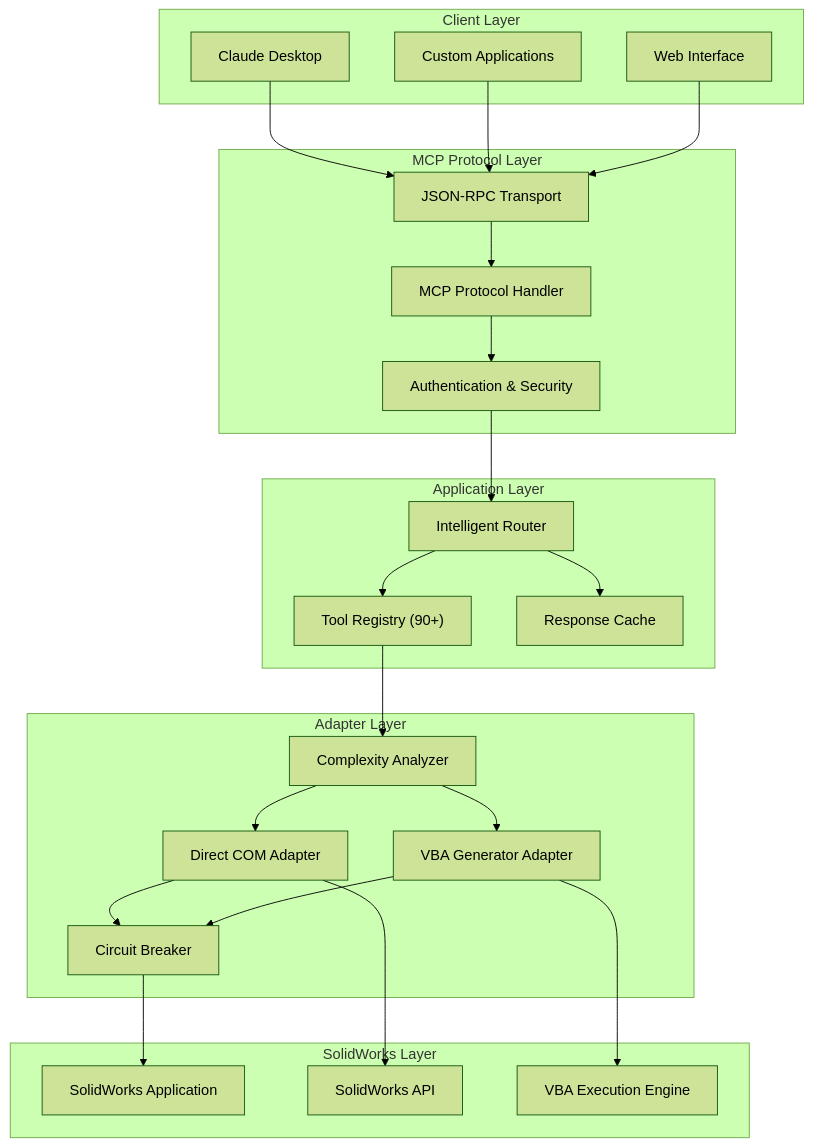
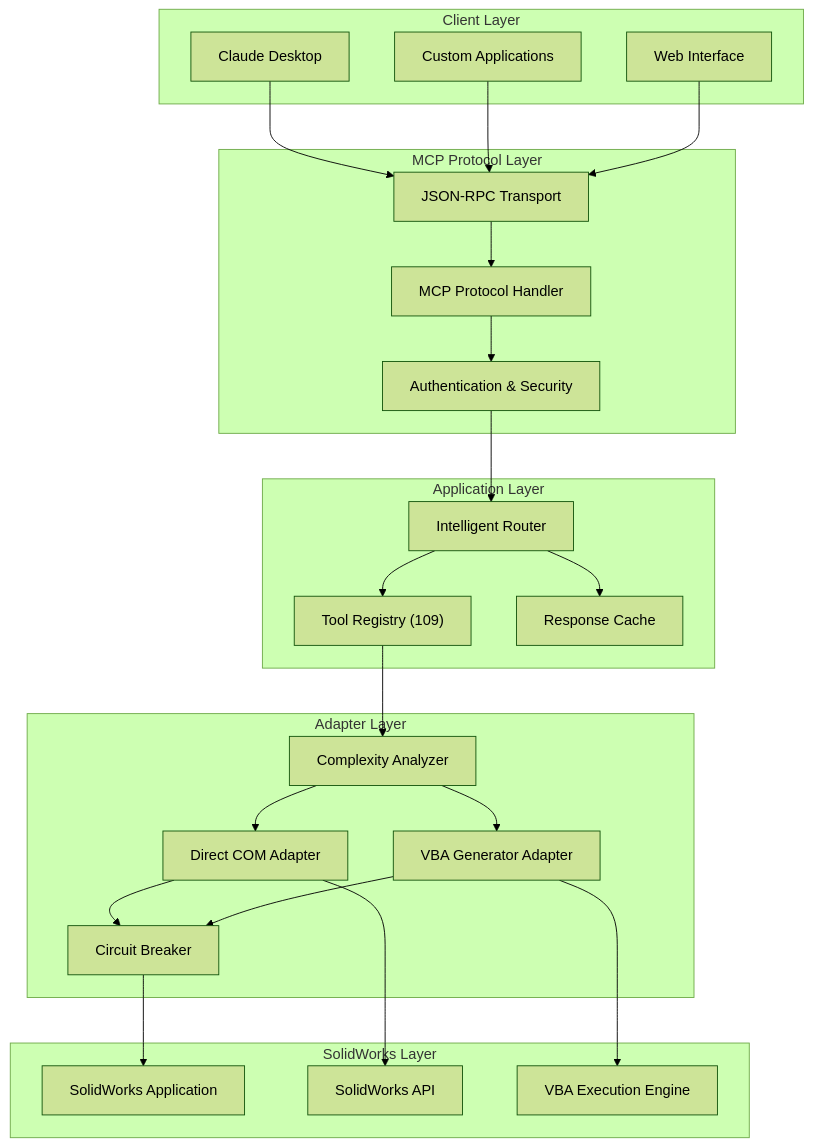
The first of 4 diagrams in docs/user-guide/architecture.md (andrewbartels1/SolidworksMCP-python), drawn with Mermaid (forest theme) before and after one commit. The commit also changed other lines of this file and 45 other files, not shown here.

First line of the commit message:
docs: add tutorials, update tool catalog and architecture docs

````diff
--- a/docs/user-guide/architecture.md
+++ b/docs/user-guide/architecture.md
@@ -7,54 +7,54 @@
 ```mermaid
 flowchart TB
     subgraph "Client Layer"
         Claude["Claude Desktop"]
         Custom["Custom Applications"]  
         Web["Web Interface"]
     end
     
     subgraph "MCP Protocol Layer"
         Transport["JSON-RPC Transport"]
         Protocol["MCP Protocol Handler"]
         Auth["Authentication & Security"]
     end
     
     subgraph "Application Layer"
         Router["Intelligent Router"]
-        Tools["Tool Registry (90+)"]
+        Tools["Tool Registry (109)"]
         Cache["Response Cache"]
     end
     
     subgraph "Adapter Layer"
         Analyzer["Complexity Analyzer"]
         COM["Direct COM Adapter"]
         VBA["VBA Generator Adapter"]
         Breaker["Circuit Breaker"]
     end
     
     subgraph "SolidWorks Layer"
         SW["SolidWorks Application"]
         API["SolidWorks API"]
         Macros["VBA Execution Engine"]
     end
     
     Claude --> Transport
     Custom --> Transport
     Web --> Transport
     
     Transport --> Protocol
     Protocol --> Auth
     Auth --> Router
     
     Router --> Tools
     Router --> Cache
     Tools --> Analyzer
     
     Analyzer --> COM
     Analyzer --> VBA
     COM --> Breaker
     VBA --> Breaker
     
     Breaker --> SW
     COM --> API
     VBA --> Macros
 ```
````
